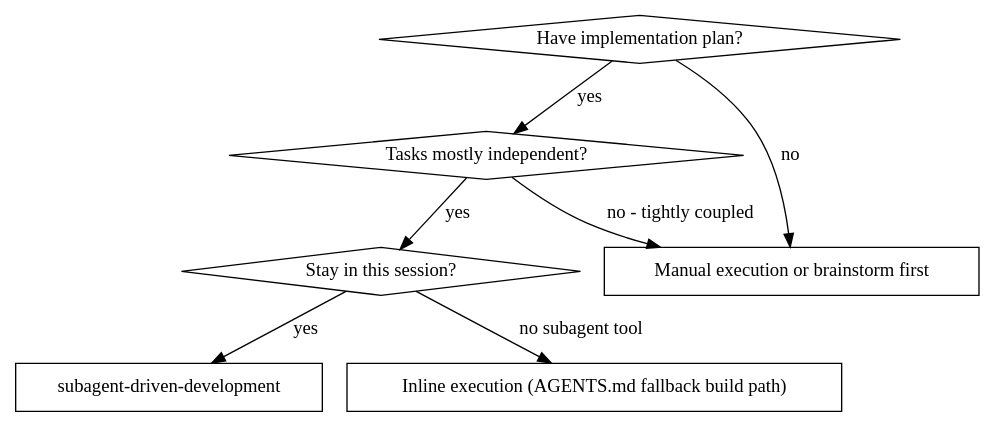
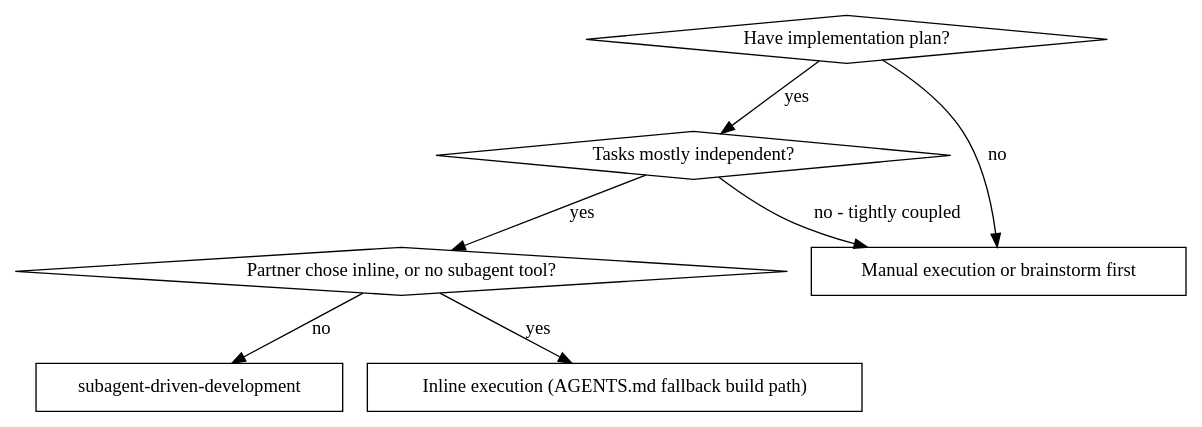
One commit to philga7/informed-news changed the first of 2 diagrams in .cursor/skills/subagent-driven-development/SKILL.md. Above: the diagram before and after it, drawn with Graphviz. The commit also changed other lines of this file and 10 other files, not shown here.

````diff
--- a/.cursor/skills/subagent-driven-development/SKILL.md
+++ b/.cursor/skills/subagent-driven-development/SKILL.md
@@ -35,17 +35,17 @@
 ```dot
 digraph when_to_use {
     "Have implementation plan?" [shape=diamond];
     "Tasks mostly independent?" [shape=diamond];
-    "Stay in this session?" [shape=diamond];
+    "Partner chose inline, or no subagent tool?" [shape=diamond];
     "subagent-driven-development" [shape=box];
     "Inline execution (AGENTS.md fallback build path)" [shape=box];
     "Manual execution or brainstorm first" [shape=box];
 
     "Have implementation plan?" -> "Tasks mostly independent?" [label="yes"];
     "Have implementation plan?" -> "Manual execution or brainstorm first" [label="no"];
-    "Tasks mostly independent?" -> "Stay in this session?" [label="yes"];
+    "Tasks mostly independent?" -> "Partner chose inline, or no subagent tool?" [label="yes"];
     "Tasks mostly independent?" -> "Manual execution or brainstorm first" [label="no - tightly coupled"];
-    "Stay in this session?" -> "subagent-driven-development" [label="yes"];
-    "Stay in this session?" -> "Inline execution (AGENTS.md fallback build path)" [label="no subagent tool"];
+    "Partner chose inline, or no subagent tool?" -> "Inline execution (AGENTS.md fallback build path)" [label="yes"];
+    "Partner chose inline, or no subagent tool?" -> "subagent-driven-development" [label="no"];
 }
 ```
````
